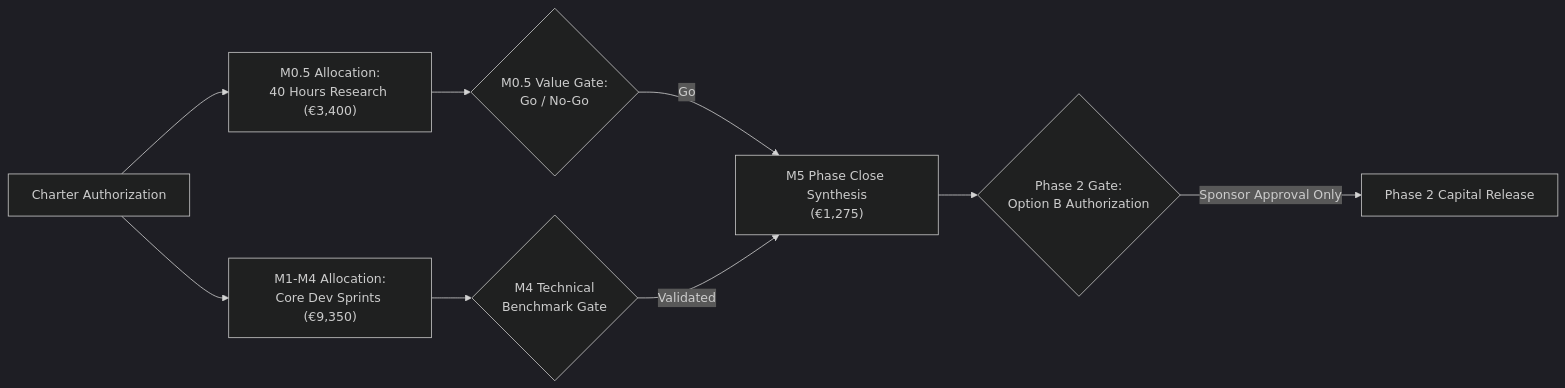
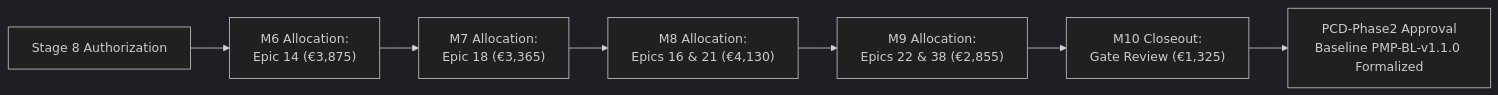
Before and after one commit to mdresch/agent-learning: the diagram in docs/project-docs/management-plans/Cost-Management-Plan.md, drawn with Mermaid (dark theme). The commit also changed other lines of this file and 187 other files, not shown here.

Commit message:
feat(phase2): stage 1-8 governance foundation packs, decision frames, and epic 14 critique-evidence implementation

````diff
--- a/docs/project-docs/management-plans/Cost-Management-Plan.md
+++ b/docs/project-docs/management-plans/Cost-Management-Plan.md
@@ -93,14 +68,10 @@
 ```mermaid
 flowchart LR
-    C0["Charter Authorization"] --> M05_ALLOC["M0.5 Allocation:<br/>40 Hours Research (€3,400)"]
-    C0 --> M14_ALLOC["M1-M4 Allocation:<br/>Core Dev Sprints (€9,350)"]
-    
-    M05_ALLOC --> GATE{"M0.5 Value Gate:<br/>Go / No-Go"}
-    M14_ALLOC --> EVAL{"M4 Technical<br/>Benchmark Gate"}
-    
-    GATE -->|Go| M5_ALLOC["M5 Phase Close Synthesis<br/>(€1,275)"]
-    EVAL -->|Validated| M5_ALLOC
-    
-    M5_ALLOC --> P2_GATE{"Phase 2 Gate:<br/>Option B Authorization"}
-    P2_GATE -->|Sponsor Approval Only| P2_FUNDS["Phase 2 Capital Release"]
+    S8["Stage 8 Authorization"] --> M6_ALLOC["M6 Allocation:<br/>Epic 14 (€3,875)"]
+    M6_ALLOC --> M7_ALLOC["M7 Allocation:<br/>Epic 18 (€3,365)"]
+    M7_ALLOC --> M8_ALLOC["M8 Allocation:<br/>Epics 16 & 21 (€4,130)"]
+    M8_ALLOC --> M9_ALLOC["M9 Allocation:<br/>Epics 22 & 38 (€2,855)"]
+    M9_ALLOC --> M10_ALLOC["M10 Closeout:<br/>Gate Review (€1,325)"]
+
+    M10_ALLOC --> CLOSE["PCD-Phase2 Approval<br/>Baseline PMP-BL-v1.1.0 Formalized"]
 ```
````
